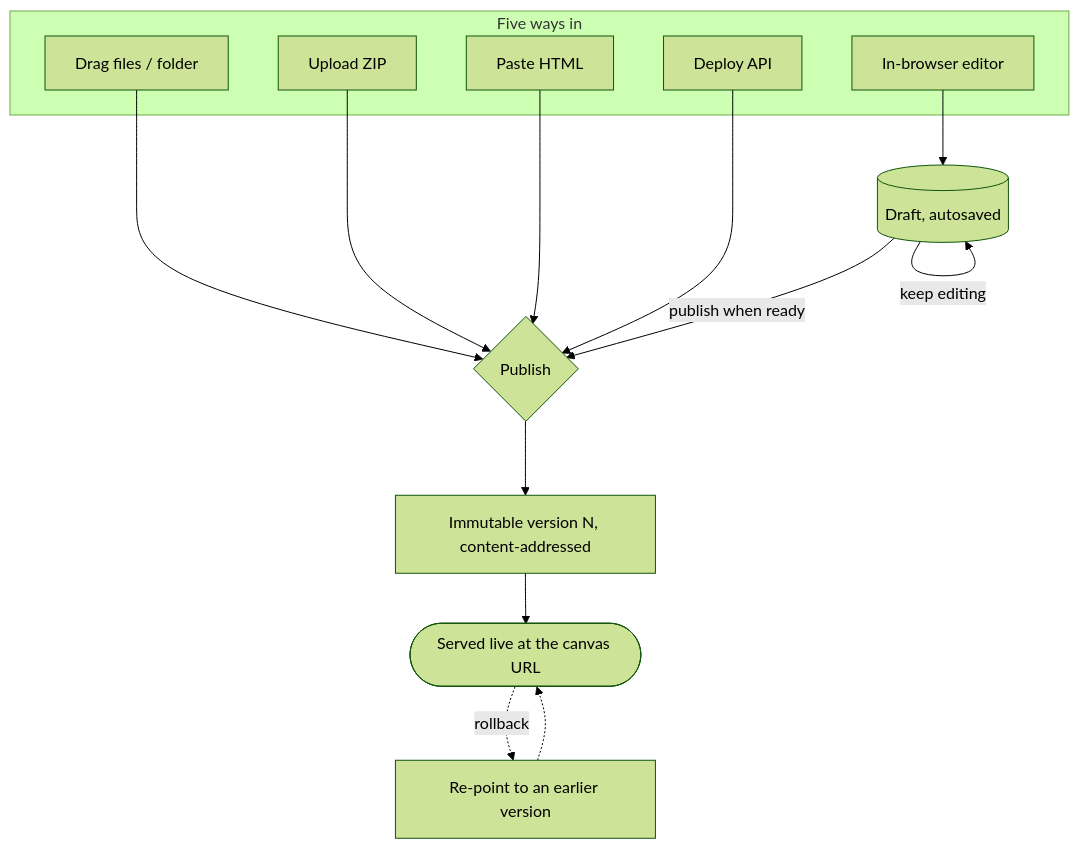
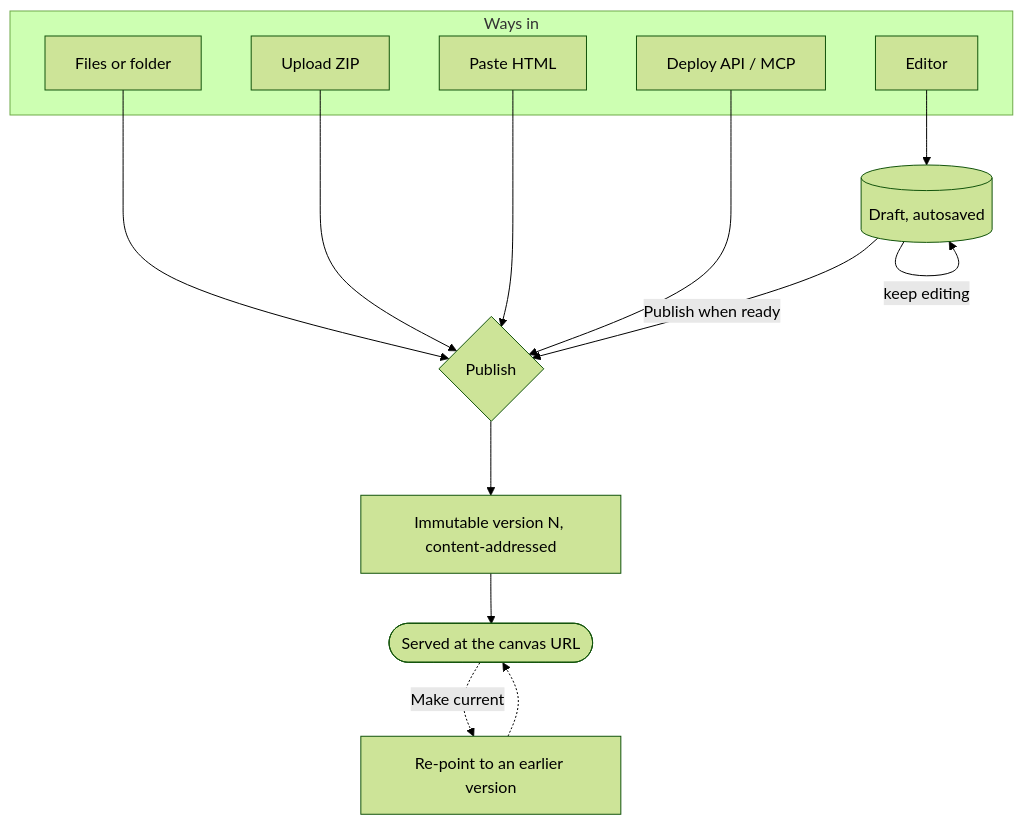
Before and after one commit to markpasternak/canvas-drop: the diagram in docs/site/authoring/create-and-publish.md, drawn with Mermaid (forest theme). The commit also changed other lines of this file and 53 other files, not shown here.

First line of the commit message:
Docs + marketing: canvas editor roles, share-tab rename, docs-refresh coherence pass (#88)

````diff
--- a/docs/site/authoring/create-and-publish.md
+++ b/docs/site/authoring/create-and-publish.md
@@ -14,21 +31,21 @@
 ```mermaid
 flowchart TD
-    subgraph Sources["Five ways in"]
-      DnD[Drag files / folder]
+    subgraph Sources["Ways in"]
+      DnD[Files or folder]
       Zip[Upload ZIP]
       Paste[Paste HTML]
-      API[Deploy API]
-      Ed[In-browser editor]
+      API[Deploy API / MCP]
+      Ed[Editor]
     end
     DnD --> Pub{Publish}
     Zip --> Pub
     Paste --> Pub
     API --> Pub
     Ed --> Draft[(Draft, autosaved)]
     Draft -->|keep editing| Draft
-    Draft -->|publish when ready| Pub
+    Draft -->|Publish when ready| Pub
     Pub --> V[Immutable version N, content-addressed]
-    V --> Live([Served live at the canvas URL])
-    Live -.->|rollback| Prev[Re-point to an earlier version]
+    V --> Live([Served at the canvas URL])
+    Live -.->|Make current| Prev[Re-point to an earlier version]
     Prev -.-> Live
 ```
````
